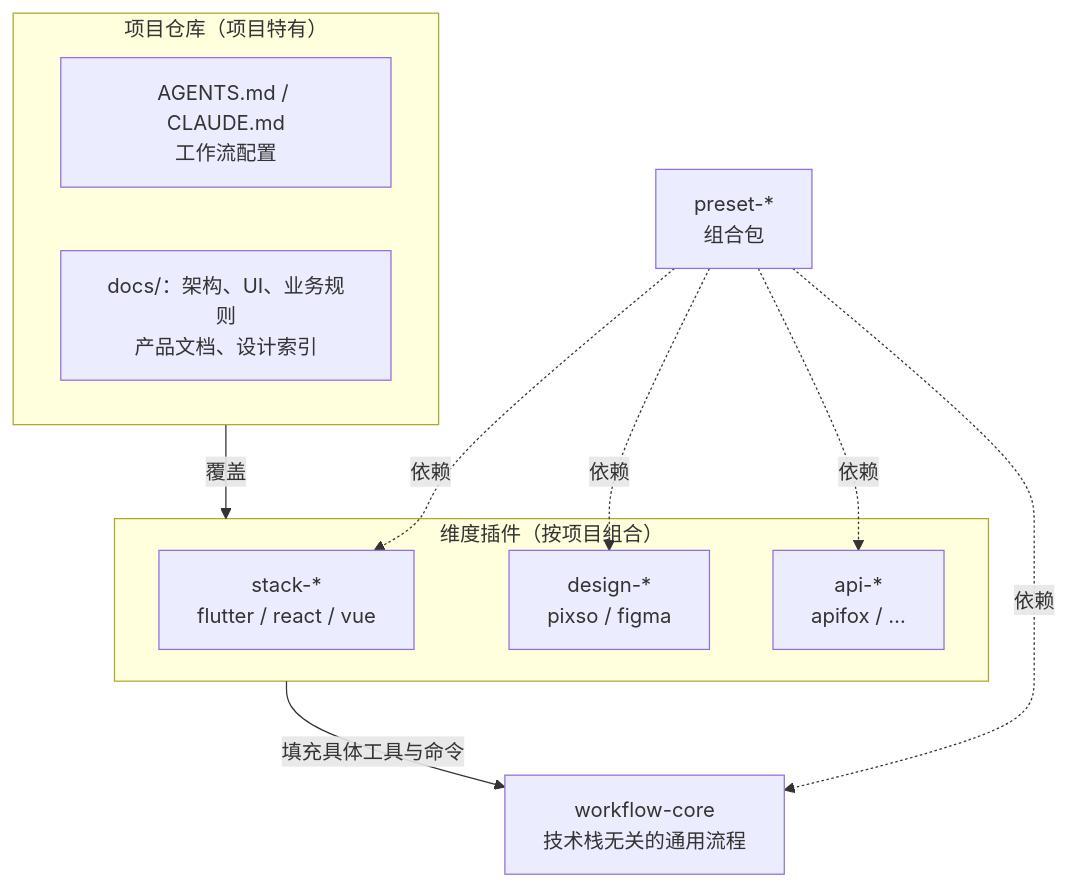
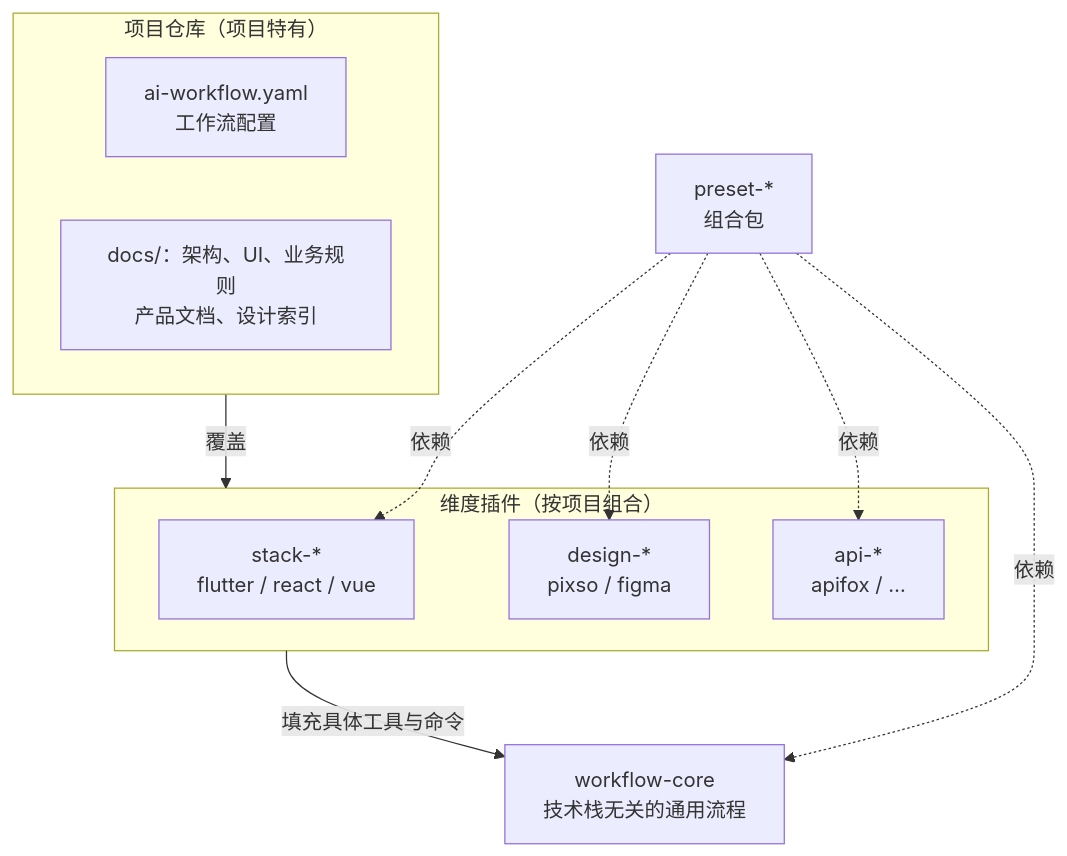
The first of 9 diagrams in README.md (lvzhiyi/randian-ai-workflow-native), drawn with Mermaid before and after one commit. The commit also changed other lines of this file and 21 other files, not shown here.

First line of the commit message:
feat(workflow-core): 工作流配置改为 ai-workflow.yaml，新增术语表

````diff
--- a/README.md
+++ b/README.md
@@ -28,16 +28,16 @@
 ```mermaid
 flowchart TB
     subgraph PROJ["项目仓库（项目特有）"]
-        P1["AGENTS.md / CLAUDE.md<br/>工作流配置"]
+        P1["ai-workflow.yaml<br/>工作流配置"]
         P2["docs/：架构、UI、业务规则<br/>产品文档、设计索引"]
     end
     subgraph DIM["维度插件（按项目组合）"]
         S["stack-*<br/>flutter / react / vue"]
         D["design-*<br/>pixso / figma"]
         A["api-*<br/>apifox / …"]
     end
     C["workflow-core<br/>技术栈无关的通用流程"]
     PROJ -->|覆盖| DIM
     DIM -->|填充具体工具与命令| C
     PR["preset-*<br/>组合包"] -.依赖.-> C & S & D & A
 ```
````
